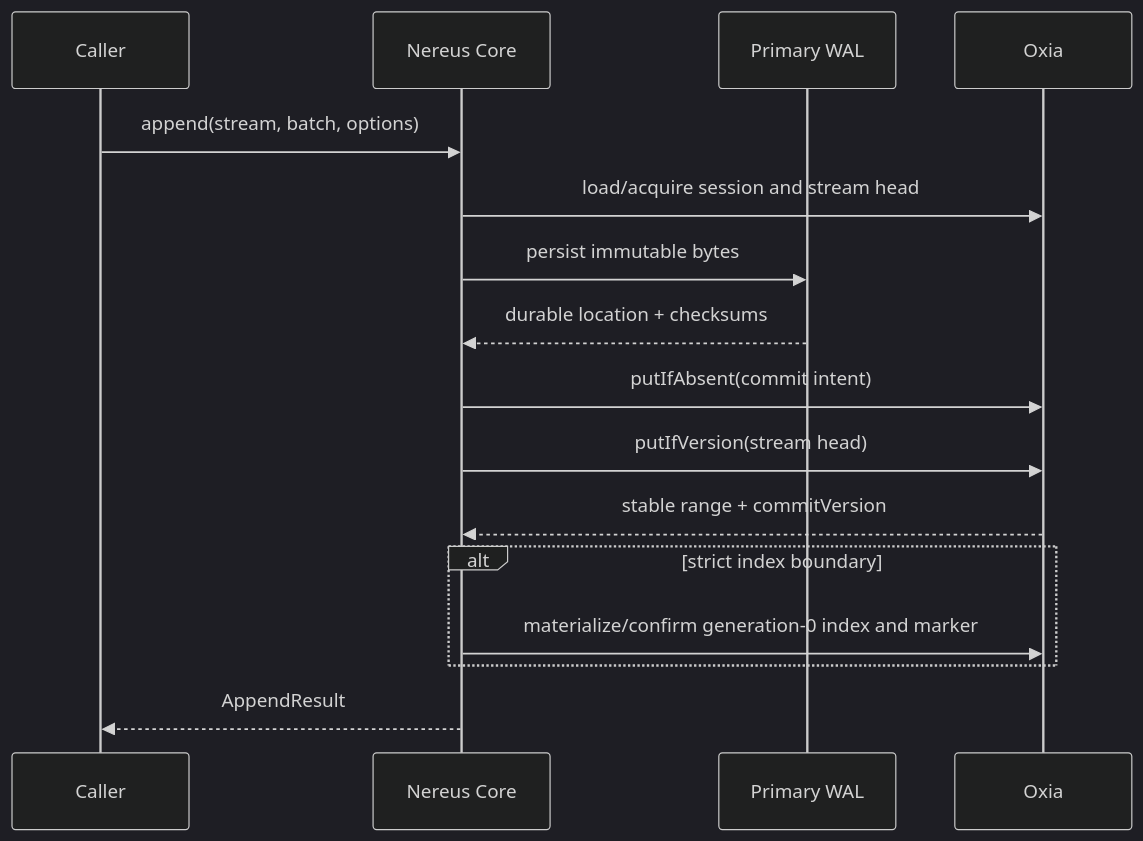
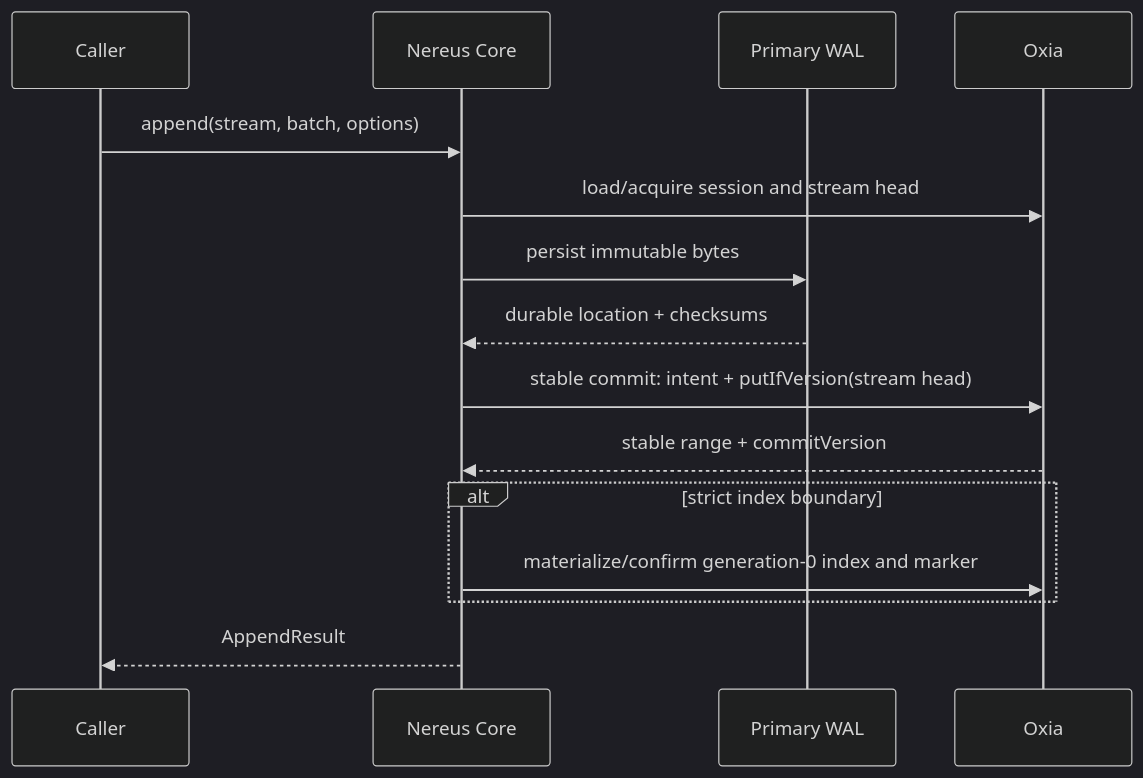
One commit to nereusstream/nereus changed the second of 2 diagrams in docs/design/nereus-overall-architecture.md. Above: the diagram before and after it, drawn with Mermaid (dark theme). The commit also changed other lines of this file and 28 other files, not shown here.

````diff
--- a/docs/design/nereus-overall-architecture.md
+++ b/docs/design/nereus-overall-architecture.md
@@ -303,19 +312,18 @@
 ```mermaid
 sequenceDiagram
     participant C as Caller
     participant N as Nereus Core
     participant W as Primary WAL
     participant O as Oxia
 
     C->>N: append(stream, batch, options)
     N->>O: load/acquire session and stream head
     N->>W: persist immutable bytes
     W-->>N: durable location + checksums
-    N->>O: putIfAbsent(commit intent)
-    N->>O: putIfVersion(stream head)
+    N->>O: stable commit: intent + putIfVersion(stream head)
     O-->>N: stable range + commitVersion
     alt strict index boundary
         N->>O: materialize/confirm generation-0 index and marker
     end
     N-->>C: AppendResult
 ```
````
